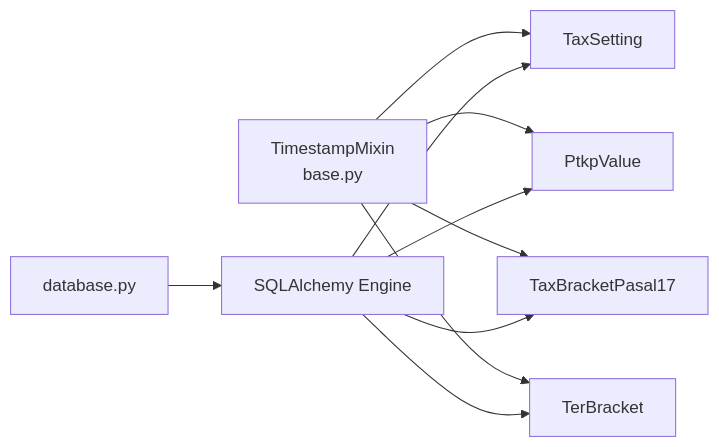
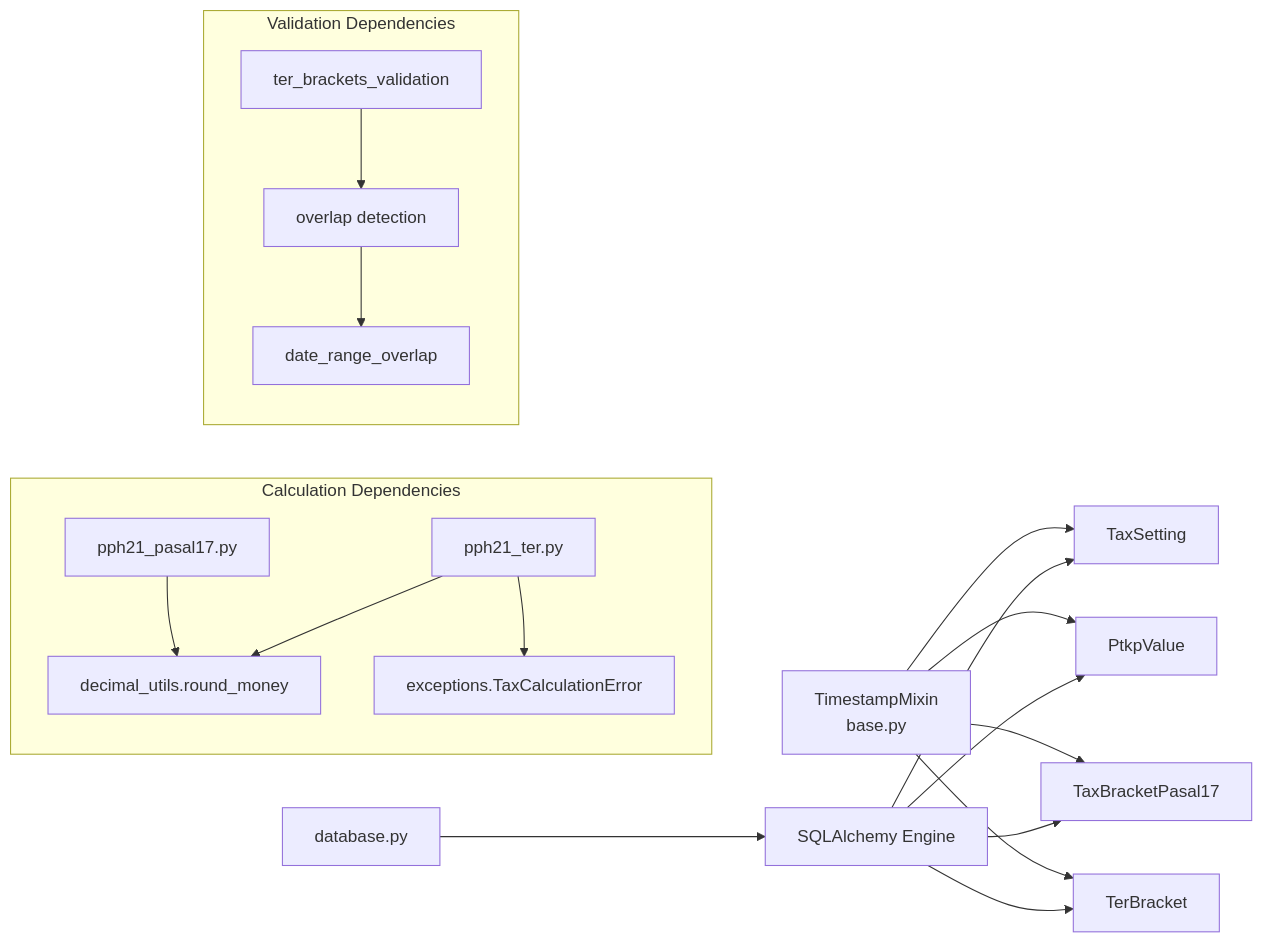
Before and after one commit to bikinaplikasipakeqoder-dot/payroll-hris: the seventh of 7 diagrams in .qoder/repowiki/en/content/Tax Compliance.md, drawn with Mermaid. The commit also changed other lines of this file and 22 other files, not shown here.

````diff
--- a/.qoder/repowiki/en/content/Tax Compliance.md
+++ b/.qoder/repowiki/en/content/Tax Compliance.md
@@ -303,12 +427,21 @@
 ```mermaid
 graph LR
 Base["TimestampMixin<br/>base.py"] --> TS["TaxSetting"]
 Base --> PT["PtkpValue"]
 Base --> BR["TaxBracketPasal17"]
 Base --> TB["TerBracket"]
 DB["database.py"] --> Engine["SQLAlchemy Engine"]
 Engine --> TS
 Engine --> PT
 Engine --> BR
 Engine --> TB
+subgraph "Calculation Dependencies"
+P17["pph21_pasal17.py"] --> DEC["decimal_utils.round_money"]
+TER["pph21_ter.py"] --> DEC
+TER --> EXC["exceptions.TaxCalculationError"]
+end
+subgraph "Validation Dependencies"
+TBV["ter_brackets_validation"] --> VAL["overlap detection"]
+VAL --> DATE["date_range_overlap"]
+end
 ```
````
